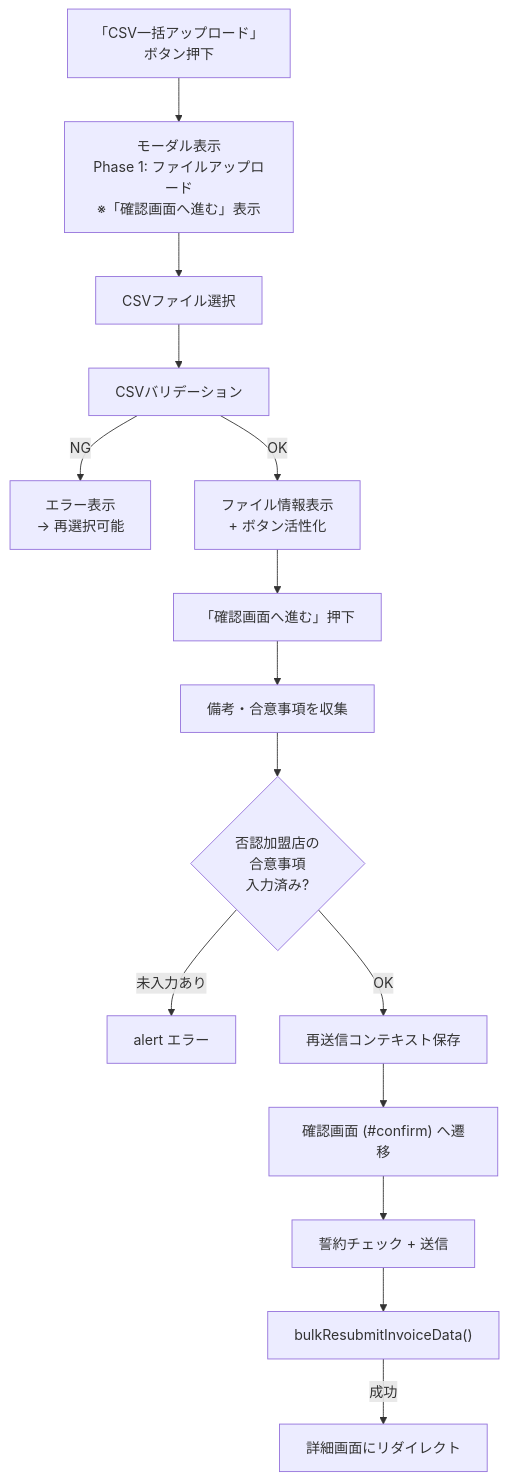
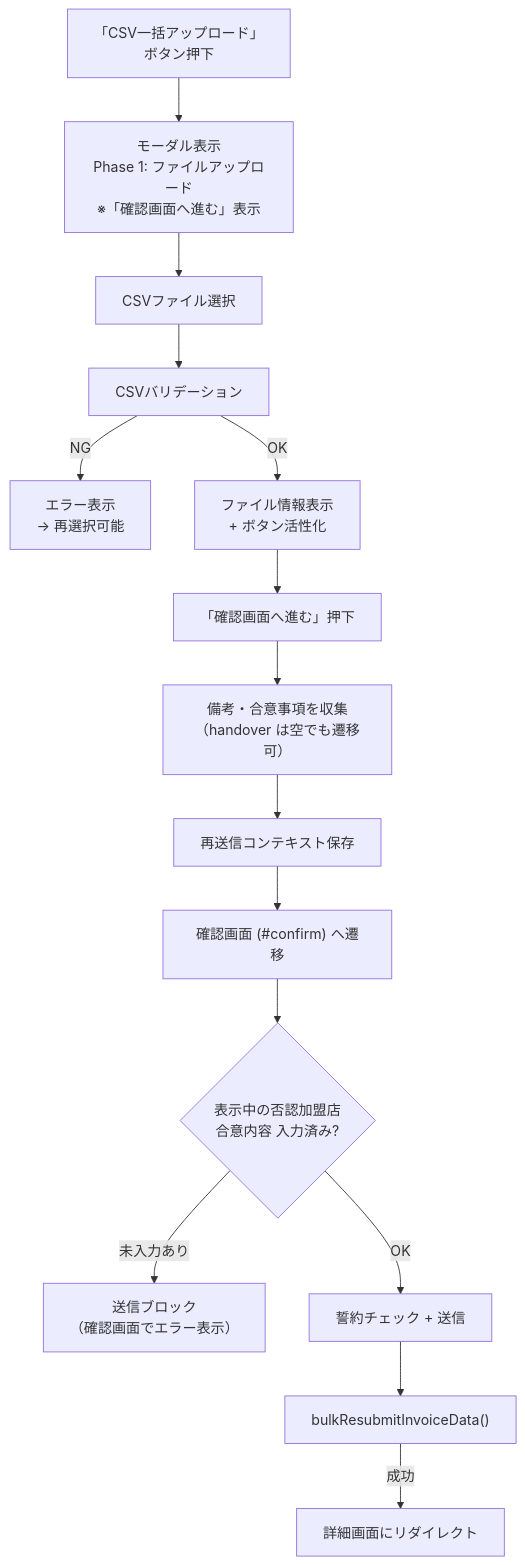
Before and after one commit to USEN-PAY-Products/connect-wholesale-gas-poc: the eighth of 17 diagrams in docs/specifications/04_detail_page.md, drawn with Mermaid. The commit also changed other lines of this file and 11 other files, not shown here.

````diff
--- a/docs/specifications/04_detail_page.md
+++ b/docs/specifications/04_detail_page.md
@@ -268,17 +268,17 @@
 ```mermaid
 flowchart TD
     START["「CSV一括アップロード」\nボタン押下"] --> MODAL["モーダル表示\nPhase 1: ファイルアップロード\n※「確認画面へ進む」表示"]
     MODAL --> CSV["CSVファイル選択"]
     CSV --> VALIDATE["CSVバリデーション"]
     VALIDATE -->|NG| ERROR["エラー表示\n→ 再選択可能"]
     VALIDATE -->|OK| SELECTED["ファイル情報表示\n+ ボタン活性化"]
     SELECTED --> BTN_CONFIRM["「確認画面へ進む」押下"]
-    BTN_CONFIRM --> COLLECT["備考・合意事項を収集"]
-    COLLECT --> CHECK{"否認加盟店の\n合意事項\n入力済み?"}
-    CHECK -->|未入力あり| ALERT["alert エラー"]
-    CHECK -->|OK| SAVE_CTX["再送信コンテキスト保存"]
+    BTN_CONFIRM --> COLLECT["備考・合意事項を収集\n（handover は空でも遷移可）"]
+    COLLECT --> SAVE_CTX["再送信コンテキスト保存"]
     SAVE_CTX --> CONFIRM["確認画面 (#confirm) へ遷移"]
-    CONFIRM --> REGISTER["誓約チェック + 送信"]
+    CONFIRM --> HANDOVER{"表示中の否認加盟店\n合意内容 入力済み?"}
+    HANDOVER -->|未入力あり| ALERT["送信ブロック\n（確認画面でエラー表示）"]
+    HANDOVER -->|OK| REGISTER["誓約チェック + 送信"]
     REGISTER --> BULK_BE["bulkResubmitInvoiceData()"]
     BULK_BE -->|成功| DETAIL["詳細画面にリダイレクト"]
 ```
````
